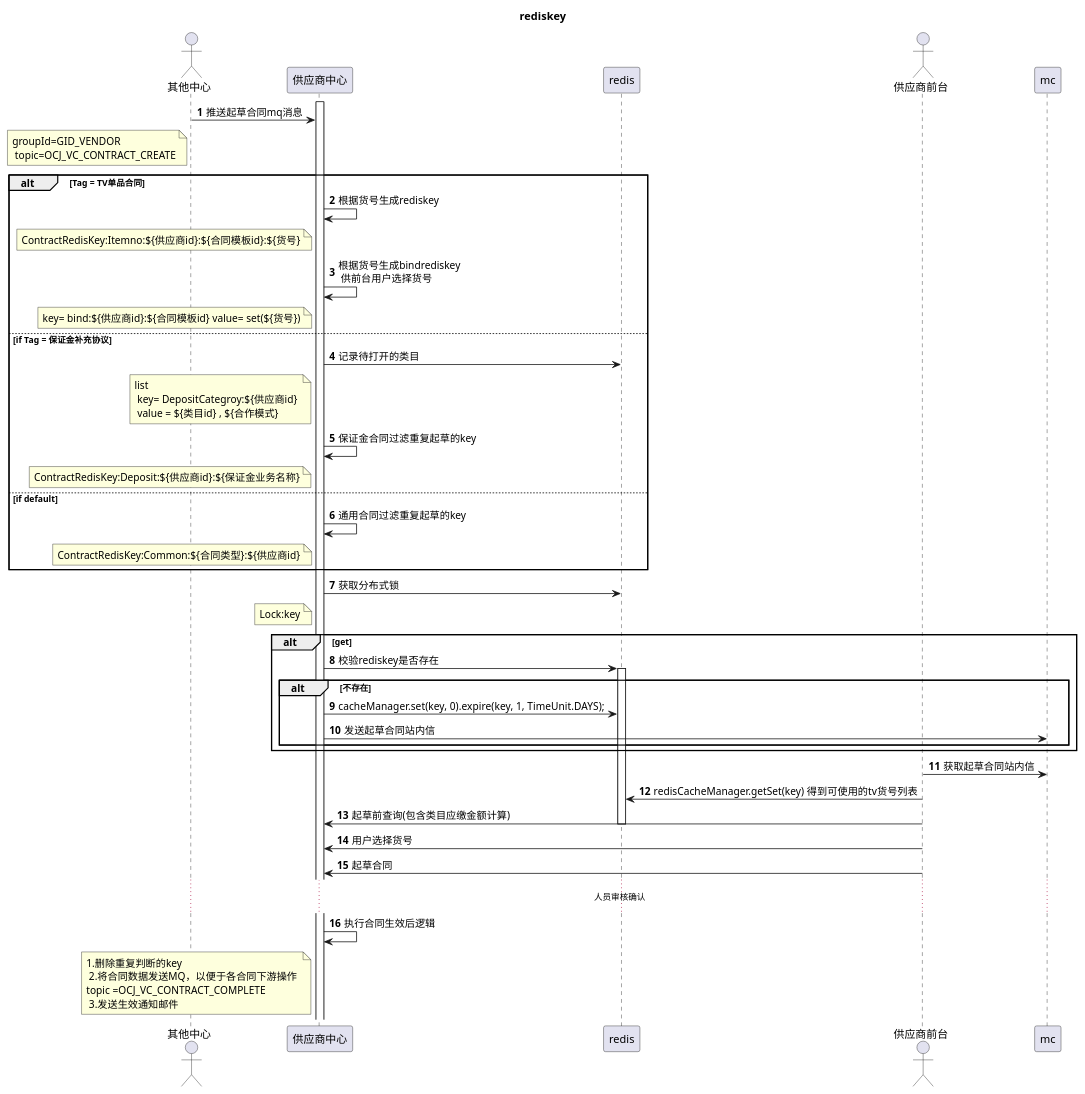
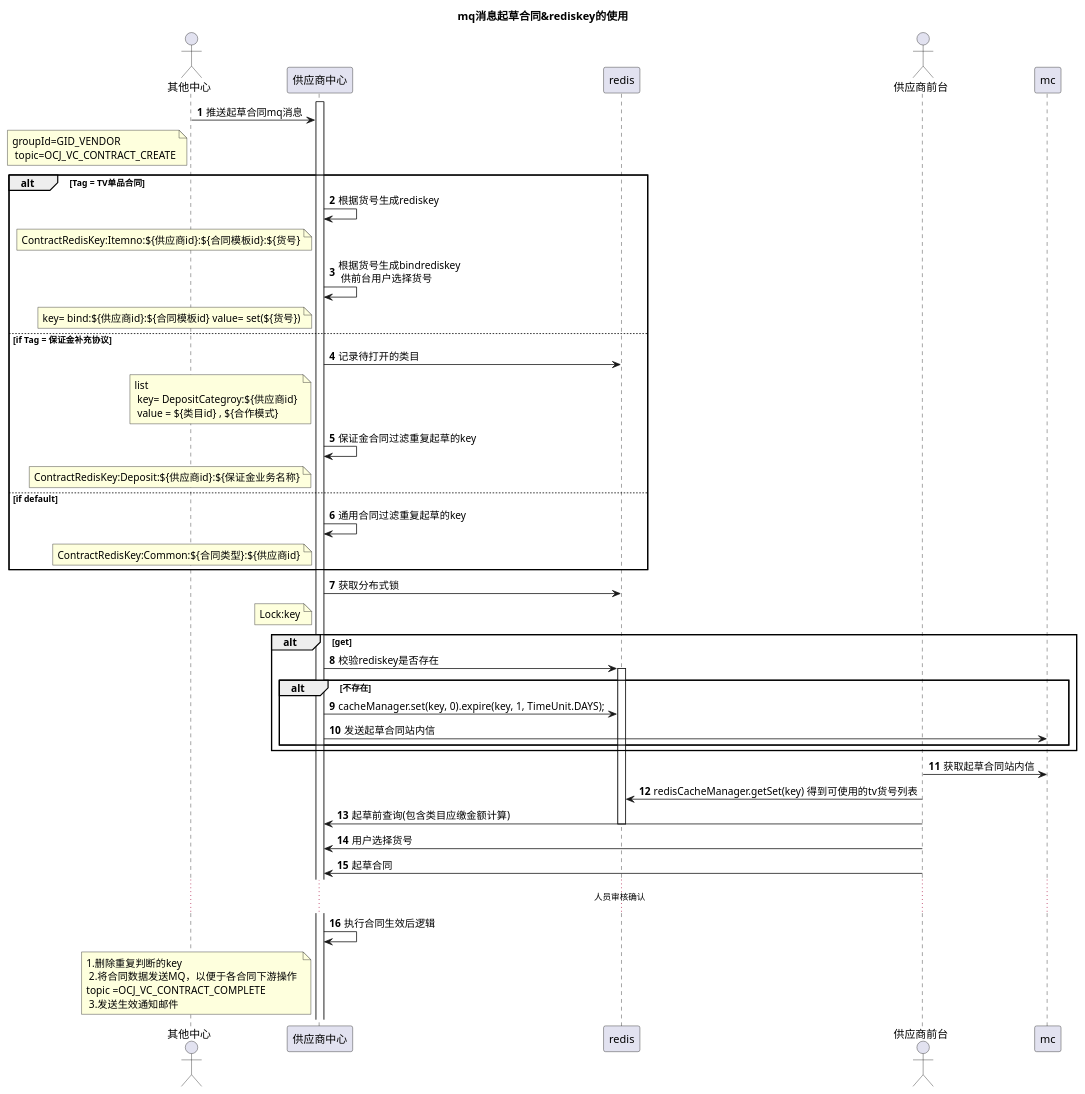
Before and after one commit to learnxin/testdemo: the diagram in src/main/resources/plantuml/contract/rediskey_tv.puml, drawn with PlantUML.

Commit message:
update puml

```diff
--- a/src/main/resources/plantuml/contract/rediskey_tv.puml
+++ b/src/main/resources/plantuml/contract/rediskey_tv.puml
@@ -1,51 +1,51 @@
 @startuml
-title rediskey
+title mq消息起草合同&rediskey的使用
 
 autonumber
 actor "其他中心" as oc
 participant "供应商中心" as vc
 participant "redis" as redis
 actor "供应商前台" as vuser
 
 activate vc
 oc -> vc : 推送起草合同mq消息
 note left of oc: groupId=GID_VENDOR \n topic=OCJ_VC_CONTRACT_CREATE
 alt Tag = TV单品合同
 vc -> vc : 根据货号生成rediskey
 note left of vc: ContractRedisKey:Itemno:${供应商id}:${合同模板id}:${货号}
 vc -> vc : 根据货号生成bindrediskey \n 供前台用户选择货号
 note left of vc: key= bind:${供应商id}:${合同模板id} value= set(${货号})
 else if Tag = 保证金补充协议
 vc -> redis : 记录待打开的类目
 note left of vc: list \n key= DepositCategroy:${供应商id} \n value = ${类目id} , ${合作模式}
 vc -> vc : 保证金合同过滤重复起草的key
 note left of vc: ContractRedisKey:Deposit:${供应商id}:${保证金业务名称}
 else if default
 vc -> vc : 通用合同过滤重复起草的key
 note left of vc: ContractRedisKey:Common:${合同类型}:${供应商id}
 end
 vc -> redis : 获取分布式锁
 note left of vc: Lock:key
 alt get
 vc -> redis : 校验rediskey是否存在
 alt 不存在
 activate redis
 vc -> redis : cacheManager.set(key, 0).expire(key, 1, TimeUnit.DAYS);
 
 vc -> mc: 发送起草合同站内信
 end
 end
 vuser -> mc :获取起草合同站内信
 vuser -> redis : redisCacheManager.getSet(key) 得到可使用的tv货号列表
 vuser -> vc: 起草前查询(包含类目应缴金额计算)
 deactivate redis
 vuser -> vc : 用户选择货号
 vuser -> vc : 起草合同
 
 ...人员审核确认...
 
 vc -> vc : 执行合同生效后逻辑
 note left of vc: 1.删除重复判断的key \n 2.将合同数据发送MQ，以便于各合同下游操作 \ntopic =OCJ_VC_CONTRACT_COMPLETE\n 3.发送生效通知邮件
 
 
 @enduml
```
